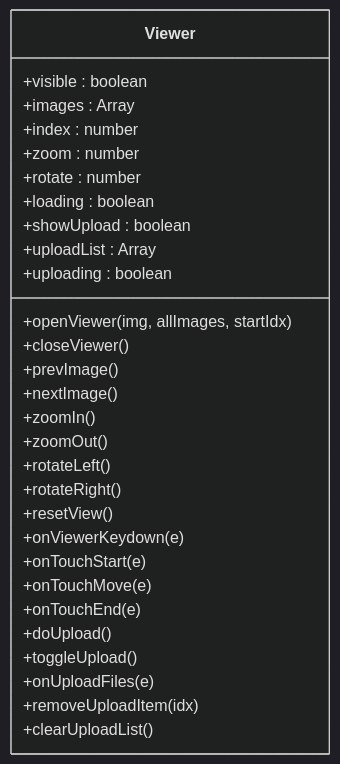
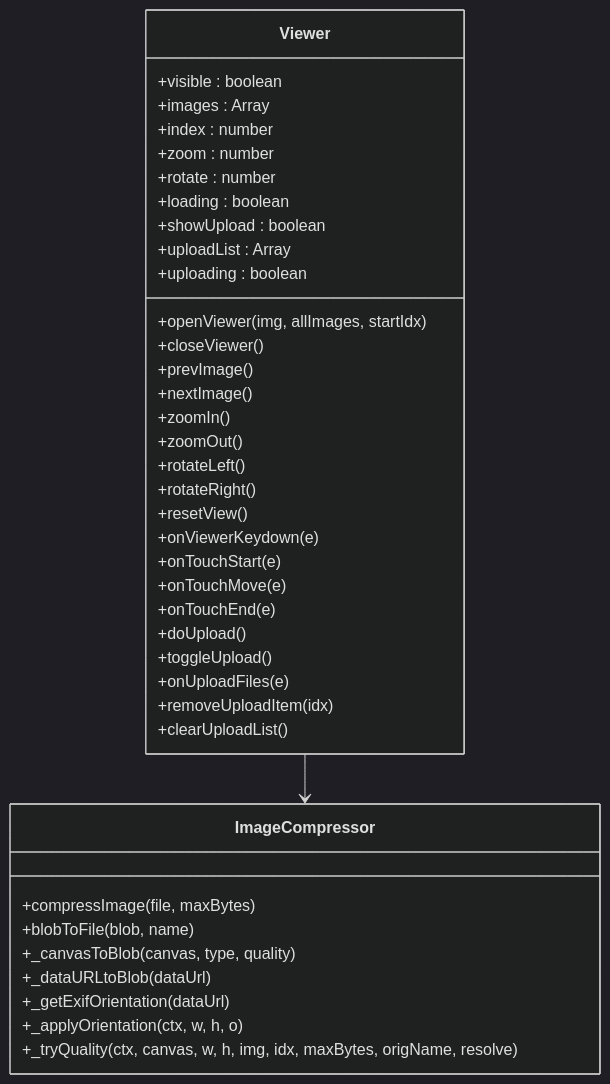
One commit to onebody/homework changed diagram 11 of 15 in .qoder/repowiki/zh/content/暑假作业打卡系统/前端应用设计/管理后台应用.md. Above: the diagram before and after it, drawn with Mermaid (dark theme). The commit also changed other lines of this file and 35 other files, not shown here.

````diff
--- a/.qoder/repowiki/zh/content/暑假作业打卡系统/前端应用设计/管理后台应用.md
+++ b/.qoder/repowiki/zh/content/暑假作业打卡系统/前端应用设计/管理后台应用.md
@@ -507,32 +636,42 @@
 ```mermaid
 classDiagram
 class Viewer {
 +visible : boolean
 +images : Array
 +index : number
 +zoom : number
 +rotate : number
 +loading : boolean
 +showUpload : boolean
 +uploadList : Array
 +uploading : boolean
 +openViewer(img, allImages, startIdx)
 +closeViewer()
 +prevImage()
 +nextImage()
 +zoomIn()
 +zoomOut()
 +rotateLeft()
 +rotateRight()
 +resetView()
 +onViewerKeydown(e)
 +onTouchStart(e)
 +onTouchMove(e)
 +onTouchEnd(e)
 +doUpload()
 +toggleUpload()
 +onUploadFiles(e)
 +removeUploadItem(idx)
 +clearUploadList()
 }
+class ImageCompressor {
++compressImage(file, maxBytes)
++blobToFile(blob, name)
++_canvasToBlob(canvas, type, quality)
++_dataURLtoBlob(dataUrl)
++_getExifOrientation(dataUrl)
++_applyOrientation(ctx, w, h, o)
++_tryQuality(ctx, canvas, w, h, img, idx, maxBytes, origName, resolve)
+}
+Viewer --> ImageCompressor
 ```
````
